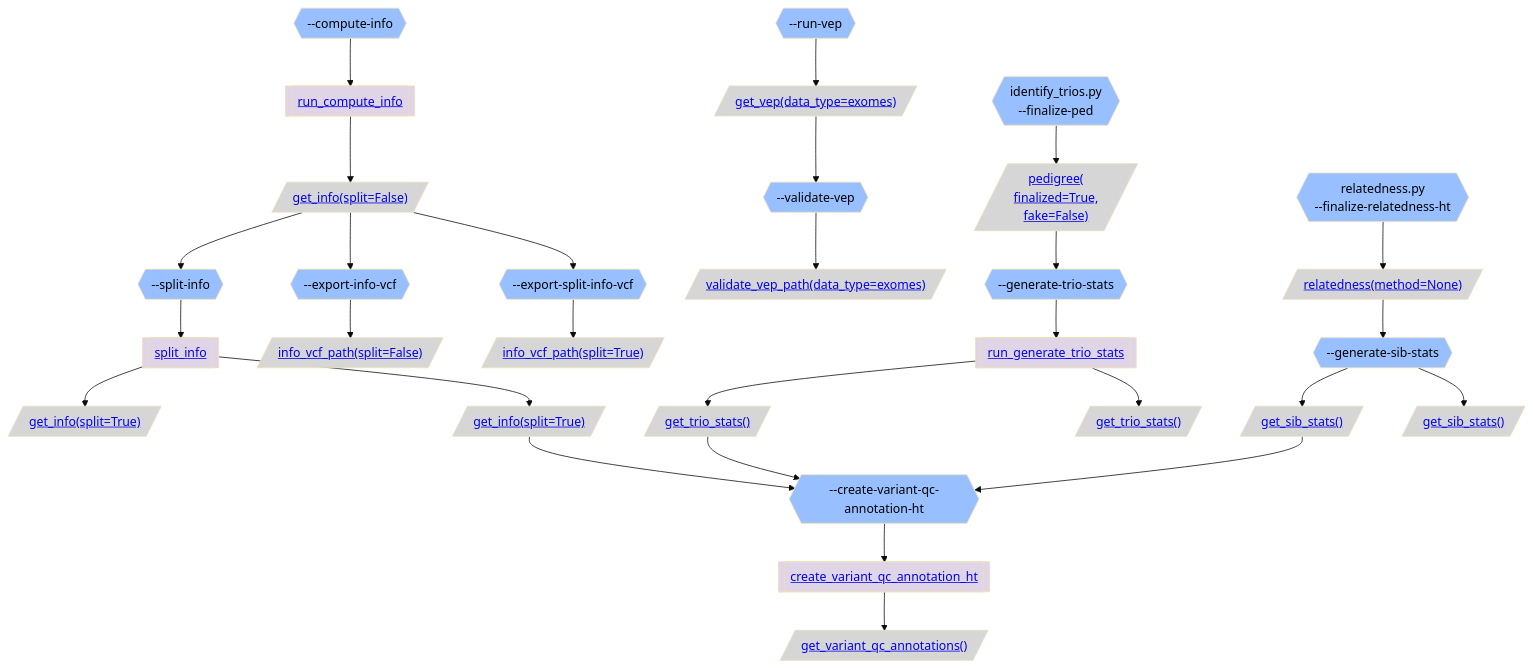
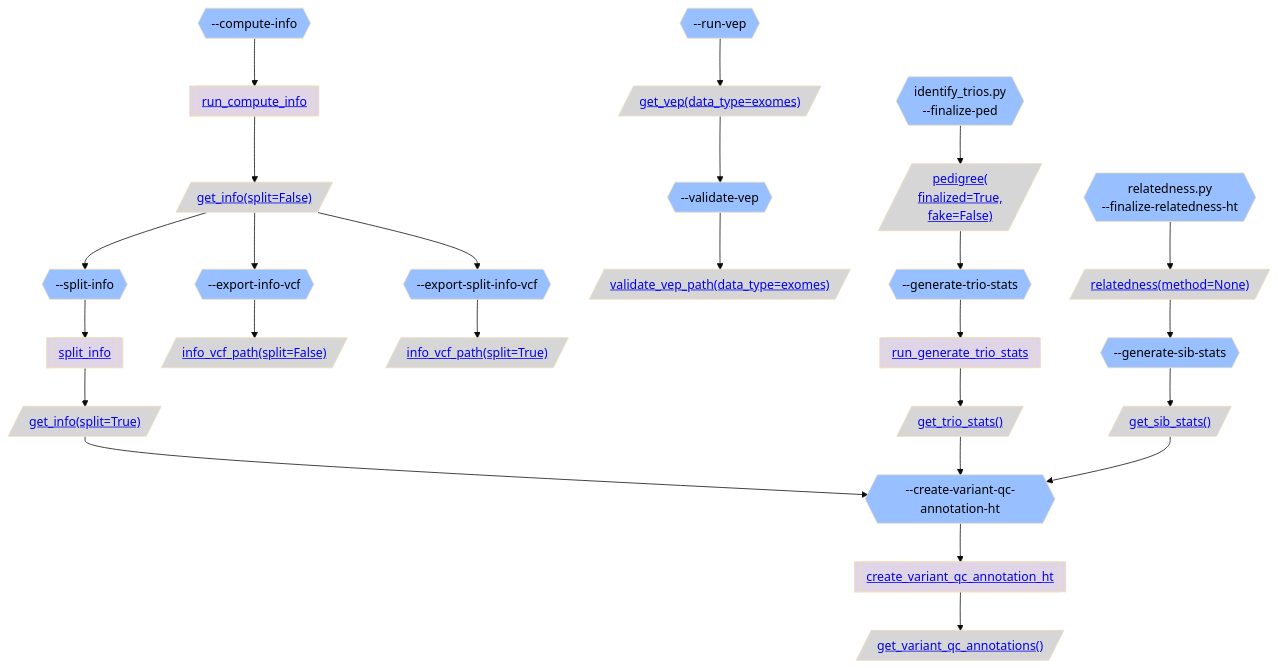
Before and after one commit to broadinstitute/gnomad_qc: the second of 5 diagrams in gnomad_qc/v4/annotations/README.md, drawn with Mermaid (base theme). The commit also changed other lines of this file and 13 other files, not shown here.

````diff
--- a/gnomad_qc/v4/annotations/README.md
+++ b/gnomad_qc/v4/annotations/README.md
@@ -136,71 +132,65 @@
 ```mermaid
 flowchart TB;
   classDef script_color fill:#2C5D4A,color:#000000
   classDef step_color fill:#98BFFF,color:#000000
   classDef func_color fill:#E0D5E6,color:#000000
   classDef gnomad_methods_color fill:#F9F2CE,color:#000000
   classDef hail_color fill:#FAEACE,color:#000000
   classDef resource_color fill:#D6D6D6,color:#000000
   classDef validity_check_color fill:#2C5D4A,color:#000000
 
   step_compute_info{{"--compute-info"}}:::step_color;
   func_run_compute_info[["<a href='https://github.com/broadinstitute/gnomad_qc/tree/main/gnomad_qc/v4/annotations/generate_variant_qc_annotations.py#L221'>run_compute_info</a>"]]:::func_color;
   resource_get_info_split_False[/"<a href='https://github.com/broadinstitute/gnomad_qc/tree/main/gnomad_qc/v4/resources/annotations.py#L47'>get_info(split=False)</a>"/]:::resource_color;
   step_split_info{{"--split-info"}}:::step_color;
   func_split_info[["<a href='https://github.com/broadinstitute/gnomad_qc/tree/main/gnomad_qc/v4/annotations/generate_variant_qc_annotations.py#L399'>split_info</a>"]]:::func_color;
-  get_info_split_True[/"<a href='https://github.com/broadinstitute/gnomad_qc/tree/main/gnomad_qc/v4/resources/annotations.py#L47'>get_info(split=True)</a>"/]:::resource_color;
   resource_get_info_split_True[/"<a href='https://github.com/broadinstitute/gnomad_qc/tree/main/gnomad_qc/v4/resources/annotations.py#L47'>get_info(split=True)</a>"/]:::resource_color;
   step_create_variant_qc_annotation_ht{{"--create-variant-qc-annotation-ht"}}:::step_color;
   func_create_variant_qc_annotation_ht[["<a href='https://github.com/broadinstitute/gnomad_qc/tree/main/gnomad_qc/v4/annotations/generate_variant_qc_annotations.py#L478'>create_variant_qc_annotation_ht</a>"]]:::func_color;
-  get_variant_qc_annotations_[/"<a href='https://github.com/broadinstitute/gnomad_qc/tree/main/gnomad_qc/v4/resources/annotations.py#L149'>get_variant_qc_annotations()</a>"/]:::resource_color;
+  resource_get_variant_qc_annotations[/"<a href='https://github.com/broadinstitute/gnomad_qc/tree/main/gnomad_qc/v4/resources/annotations.py#L149'>get_variant_qc_annotations()</a>"/]:::resource_color;
   step_generate_trio_stats{{"--generate-trio-stats"}}:::step_color;
   func_run_generate_trio_stats[["<a href='https://github.com/broadinstitute/gnomad_qc/tree/main/gnomad_qc/v4/annotations/generate_variant_qc_annotations.py#L427'>run_generate_trio_stats</a>"]]:::func_color;
-  resource_get_trio_stats_[/"<a href='https://github.com/broadinstitute/gnomad_qc/tree/main/gnomad_qc/v4/resources/annotations.py#L113'>get_trio_stats()</a>"/]:::resource_color;
+  resource_get_trio_stats[/"<a href='https://github.com/broadinstitute/gnomad_qc/tree/main/gnomad_qc/v4/resources/annotations.py#L113'>get_trio_stats()</a>"/]:::resource_color;
   step_generate_sib_stats{{"--generate-sib-stats"}}:::step_color;
-  resource_get_sib_stats_[/"<a href='https://github.com/broadinstitute/gnomad_qc/tree/main/gnomad_qc/v4/resources/annotations.py#L131'>get_sib_stats()</a>"/]:::resource_color;
+  resource_get_sib_stats[/"<a href='https://github.com/broadinstitute/gnomad_qc/tree/main/gnomad_qc/v4/resources/annotations.py#L131'>get_sib_stats()</a>"/]:::resource_color;
   step_export_info_vcf{{"--export-info-vcf"}}:::step_color;
-  info_vcf_path_split_False[/"<a href='https://github.com/broadinstitute/gnomad_qc/tree/main/gnomad_qc/v4/resources/annotations.py#L185'>info_vcf_path(split=False)</a>"/]:::resource_color;
+  resource_info_vcf_path_split_False[/"<a href='https://github.com/broadinstitute/gnomad_qc/tree/main/gnomad_qc/v4/resources/annotations.py#L185'>info_vcf_path(split=False)</a>"/]:::resource_color;
   step_export_split_info_vcf{{"--export-split-info-vcf"}}:::step_color;
-  info_vcf_path_split_True[/"<a href='https://github.com/broadinstitute/gnomad_qc/tree/main/gnomad_qc/v4/resources/annotations.py#L185'>info_vcf_path(split=True)</a>"/]:::resource_color;
+  resource_info_vcf_path_split_True[/"<a href='https://github.com/broadinstitute/gnomad_qc/tree/main/gnomad_qc/v4/resources/annotations.py#L185'>info_vcf_path(split=True)</a>"/]:::resource_color;
   step_run_vep{{"--run-vep"}}:::step_color;
   resource_get_vep_data_type_exomes[/"<a href='https://github.com/broadinstitute/gnomad_qc/tree/main/gnomad_qc/v4/resources/annotations.py#L69'>get_vep(data_type=exomes)</a>"/]:::resource_color;
   step_validate_vep{{"--validate-vep"}}:::step_color;
-  validate_vep_path_data_type_exomes[/"<a href='https://github.com/broadinstitute/gnomad_qc/tree/main/gnomad_qc/v4/resources/annotations.py#L90'>validate_vep_path(data_type=exomes)</a>"/]:::resource_color;
+  resource_validate_vep_path_data_type_exomes[/"<a href='https://github.com/broadinstitute/gnomad_qc/tree/main/gnomad_qc/v4/resources/annotations.py#L90'>validate_vep_path(data_type=exomes)</a>"/]:::resource_color;
   step_finalize_ped{{"identify_trios.py
 --finalize-ped"}}:::step_color;
-  resource_pedigree_finalized_True_fake_False[/"<a href='https://github.com/broadinstitute/gnomad_qc/tree/main/gnomad_qc/v4/resources/sample_qc.py#L913'>pedigree(
+  resource_pedigree_finalized_True_fake_False[/"<a href='https://github.com/broadinstitute/gnomad_qc/tree/main/gnomad_qc/v4/resources/sample_qc.py#L1002'>pedigree(
 finalized=True,
 fake=False)</a>"/]:::resource_color;
-  get_trio_stats_[/"<a href='https://github.com/broadinstitute/gnomad_qc/tree/main/gnomad_qc/v4/resources/annotations.py#L113'>get_trio_stats()</a>"/]:::resource_color;
   step_finalize_relatedness_ht{{"relatedness.py
 --finalize-relatedness-ht"}}:::step_color;
-  resource_relatedness_method_None[/"<a href='https://github.com/broadinstitute/gnomad_qc/tree/main/gnomad_qc/v4/resources/sample_qc.py#L473'>relatedness(method=None)</a>"/]:::resource_color;
-  get_sib_stats_[/"<a href='https://github.com/broadinstitute/gnomad_qc/tree/main/gnomad_qc/v4/resources/annotations.py#L131'>get_sib_stats()</a>"/]:::resource_color;
+  resource_relatedness_method_None[/"<a href='https://github.com/broadinstitute/gnomad_qc/tree/main/gnomad_qc/v4/resources/sample_qc.py#L562'>relatedness(method=None)</a>"/]:::resource_color;
   step_compute_info --> func_run_compute_info;
   func_run_compute_info --> resource_get_info_split_False;
   resource_get_info_split_False --> step_split_info;
   step_split_info --> func_split_info;
-  func_split_info --> get_info_split_True;
   func_split_info --> resource_get_info_split_True;
   resource_get_info_split_True --> step_create_variant_qc_annotation_ht;
   step_create_variant_qc_annotation_ht --> func_create_variant_qc_annotation_ht;
-  func_create_variant_qc_annotation_ht --> get_variant_qc_annotations_;
+  func_create_variant_qc_annotation_ht --> resource_get_variant_qc_annotations;
   step_generate_trio_stats --> func_run_generate_trio_stats;
-  func_run_generate_trio_stats --> resource_get_trio_stats_;
-  resource_get_trio_stats_ --> step_create_variant_qc_annotation_ht;
-  step_generate_sib_stats --> resource_get_sib_stats_;
-  resource_get_sib_stats_ --> step_create_variant_qc_annotation_ht;
+  func_run_generate_trio_stats --> resource_get_trio_stats;
+  resource_get_trio_stats --> step_create_variant_qc_annotation_ht;
+  step_generate_sib_stats --> resource_get_sib_stats;
+  resource_get_sib_stats --> step_create_variant_qc_annotation_ht;
   resource_get_info_split_False --> step_export_info_vcf;
-  step_export_info_vcf --> info_vcf_path_split_False;
+  step_export_info_vcf --> resource_info_vcf_path_split_False;
   resource_get_info_split_False --> step_export_split_info_vcf;
-  step_export_split_info_vcf --> info_vcf_path_split_True;
+  step_export_split_info_vcf --> resource_info_vcf_path_split_True;
   step_run_vep --> resource_get_vep_data_type_exomes;
   resource_get_vep_data_type_exomes --> step_validate_vep;
-  step_validate_vep --> validate_vep_path_data_type_exomes;
+  step_validate_vep --> resource_validate_vep_path_data_type_exomes;
   step_finalize_ped --> resource_pedigree_finalized_True_fake_False;
   resource_pedigree_finalized_True_fake_False --> step_generate_trio_stats;
-  func_run_generate_trio_stats --> get_trio_stats_;
   step_finalize_relatedness_ht --> resource_relatedness_method_None;
   resource_relatedness_method_None --> step_generate_sib_stats;
-  step_generate_sib_stats --> get_sib_stats_;
 ```
````
